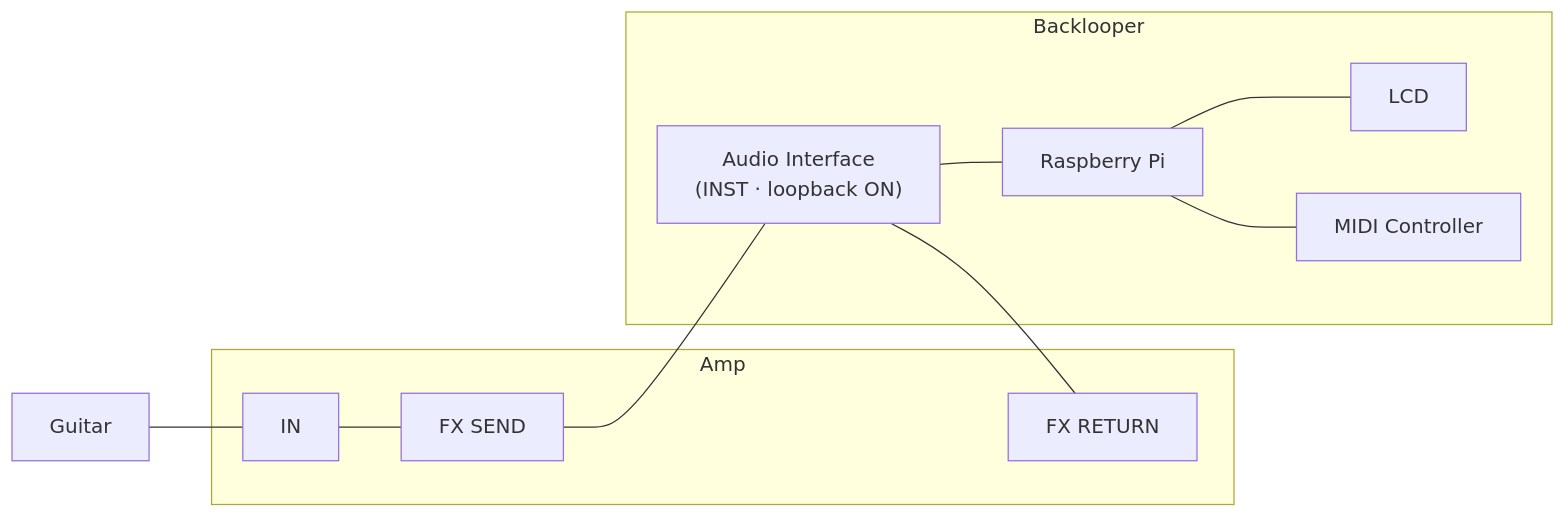
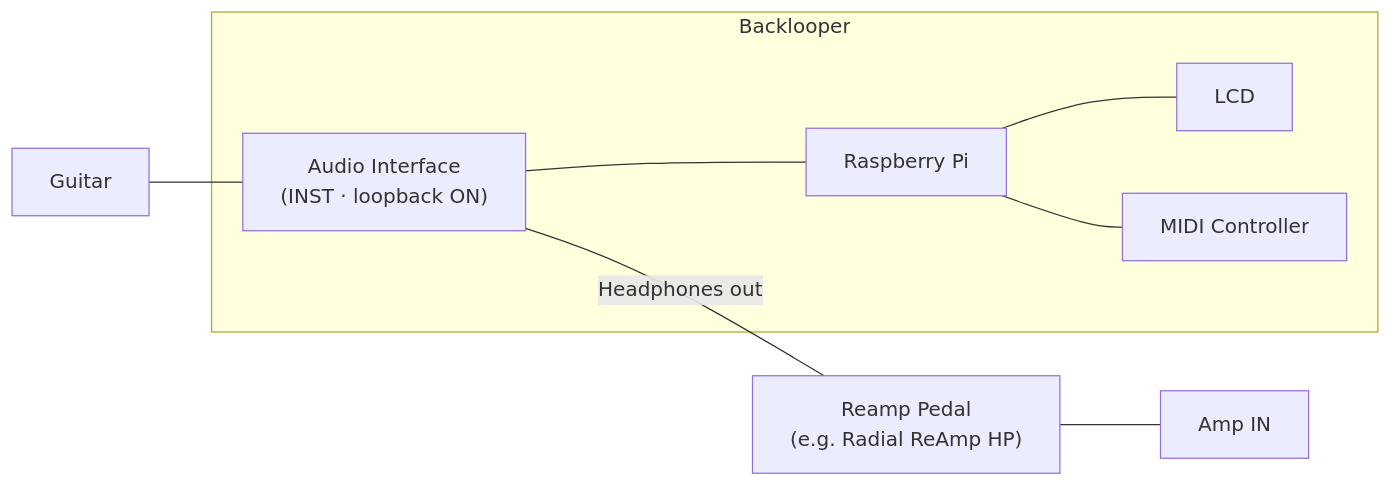
Before and after one commit to spmvg/backlooper_backend: the diagram in README.md, drawn with Mermaid.

Commit message:
docs [spmvg/backlooper#8]

````diff
--- a/README.md
+++ b/README.md
@@ -5,22 +5,17 @@
 ```mermaid
 flowchart LR
-    Guitar --- AmpIN
-
-    subgraph Amp["Amp"]
-        AmpIN["IN"] --- FX_SEND["FX SEND"]
-        FX_RETURN["FX RETURN"]
-    end
+    Guitar --- AI
 
     subgraph Backlooper["Backlooper"]
         AI["Audio Interface\n(INST · loopback ON)"]
         Pi["Raspberry Pi"]
         LCD["LCD"]
         MIDI["MIDI Controller"]
         Pi --- LCD
         Pi --- MIDI
     end
 
-    FX_SEND --- AI
     AI --- Pi
-    AI --- FX_RETURN
+    AI -- "Headphones out" --- Reamp["Reamp Pedal\n(e.g. Radial ReAmp HP)"]
+    Reamp --- AmpIN["Amp IN"]
 ```
````
